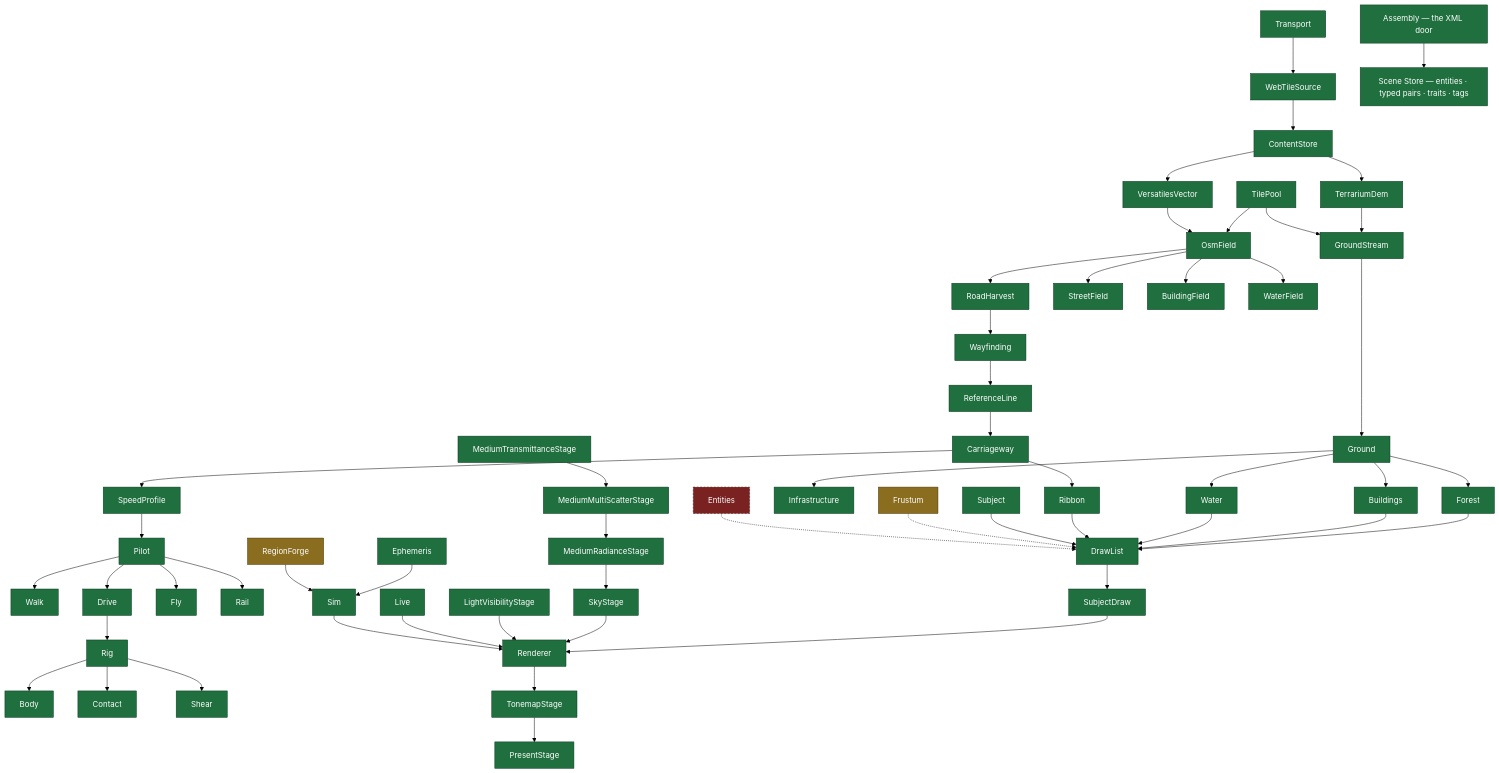
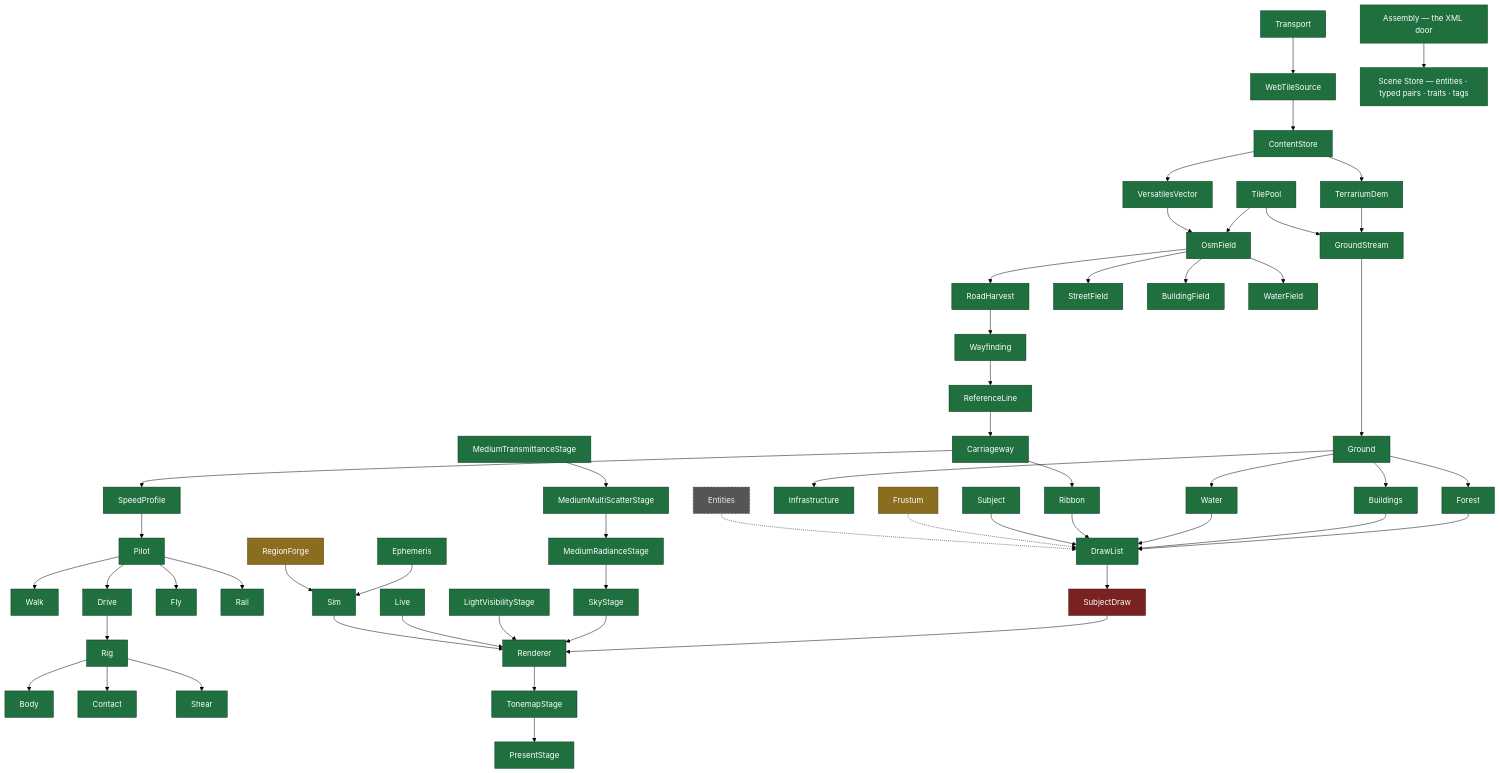
One commit to Weichwolf/outshine changed the fifth of 10 diagrams in CLAUDE.md. Above: the diagram before and after it, drawn with Mermaid (forest theme). The commit also changed other lines of this file, not shown here.

First line of the commit message:
CLAUDE.md: declared colour semantics on every diagram, and no work-item numbers in the map

````diff
--- a/CLAUDE.md
+++ b/CLAUDE.md
@@ -122,29 +125,31 @@
 ```mermaid
 flowchart TD
   Transport --> WebTileSource --> ContentStore --> TerrariumDem & VersatilesVector
   TerrariumDem --> GroundStream
   TilePool --> GroundStream & OsmField
   VersatilesVector --> OsmField --> RoadHarvest --> Wayfinding
   OsmField --> StreetField & BuildingField & WaterField
   GroundStream --> Ground --> Forest & Buildings & Water & Infrastructure
   Wayfinding --> ReferenceLine --> Carriageway --> Ribbon
   Carriageway --> SpeedProfile --> Pilot --> Walk & Drive & Fly & Rail
   Drive --> Rig --> Body
   Rig --> Contact & Shear
   Forest & Buildings & Water & Ribbon & Subject --> DrawList
   DrawList --> SubjectDraw --> Renderer
   MediumTransmittanceStage --> MediumMultiScatterStage --> MediumRadianceStage --> SkyStage --> Renderer
   LightVisibilityStage --> Renderer --> TonemapStage --> PresentStage
   Live --> Renderer
   Ephemeris & RegionForge --> Sim --> Renderer
   Frustum -.-> DrawList
   Entities -.-> DrawList
   Assembly["Assembly — the XML door"] --> SceneStore["Scene Store — entities · typed pairs · traits · tags"]
 
   classDef built fill:#1f6f3f,stroke:#0d3b21,color:#fff
   classDef idle fill:#8a6d1f,stroke:#4a3a0d,color:#fff
-  classDef absent fill:#7a2222,stroke:#3d1111,color:#fff,stroke-dasharray:4 3
-  class Transport,WebTileSource,ContentStore,TerrariumDem,VersatilesVector,TilePool,GroundStream,OsmField,RoadHarvest,Wayfinding,StreetField,BuildingField,WaterField,Ground,Forest,Buildings,Water,Infrastructure,ReferenceLine,Carriageway,Ribbon,SpeedProfile,Pilot,Walk,Drive,Fly,Rail,Rig,Body,Contact,Shear,Subject,DrawList,SubjectDraw,Renderer,TonemapStage,PresentStage,Live,Sim,Assembly,SceneStore,Ephemeris,MediumTransmittanceStage,MediumMultiScatterStage,MediumRadianceStage,SkyStage,LightVisibilityStage built
+  classDef wrong fill:#7a2222,stroke:#3d1111,color:#fff
+  classDef absent fill:#555,stroke:#333,color:#eee,stroke-dasharray:4 3
+  class Transport,WebTileSource,ContentStore,TerrariumDem,VersatilesVector,TilePool,GroundStream,OsmField,RoadHarvest,Wayfinding,StreetField,BuildingField,WaterField,Ground,Forest,Buildings,Water,Infrastructure,ReferenceLine,Carriageway,Ribbon,SpeedProfile,Pilot,Walk,Drive,Fly,Rail,Rig,Body,Contact,Shear,Subject,DrawList,Renderer,TonemapStage,PresentStage,Live,Sim,Assembly,SceneStore,Ephemeris,MediumTransmittanceStage,MediumMultiScatterStage,MediumRadianceStage,SkyStage,LightVisibilityStage built
   class Frustum,RegionForge idle
+  class SubjectDraw wrong
   class Entities absent
 ```
````
